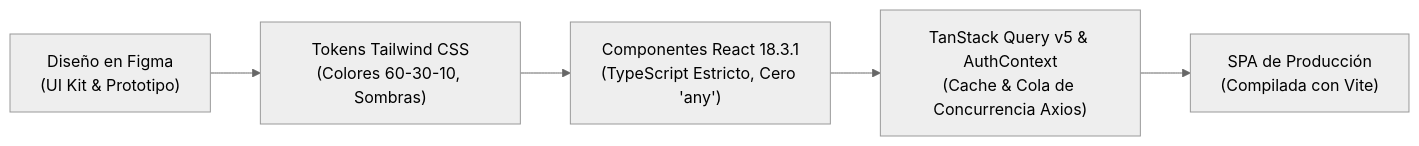
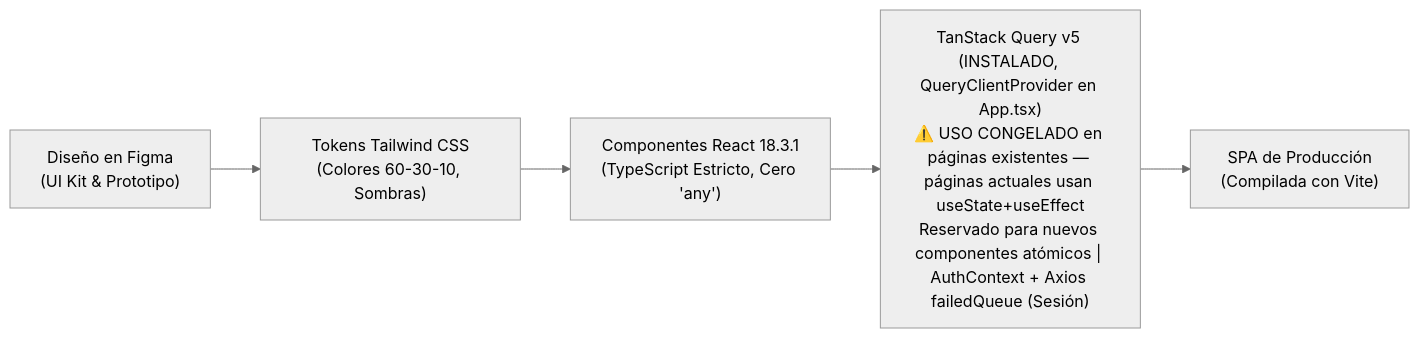
The first of 3 diagrams in docs/web/08_DESARROLLO_INTEGRACIONES_Y_ROADMAP.md (grupo-pinnacle/VetConnect), drawn with Mermaid (neutral theme) before and after one commit. The commit also changed other lines of this file and 15 other files, not shown here.

Commit message:
docs(web): synchronize root docs with frontend architecture and align docs/web specs

````diff
--- a/docs/web/08_DESARROLLO_INTEGRACIONES_Y_ROADMAP.md
+++ b/docs/web/08_DESARROLLO_INTEGRACIONES_Y_ROADMAP.md
@@ -14,7 +14,7 @@
 ```mermaid
 flowchart LR
     Figma["Diseño en Figma<br/>(UI Kit & Prototipo)"] --> Tailwind["Tokens Tailwind CSS<br/>(Colores 60-30-10, Sombras)"]
     Tailwind --> Components["Componentes React 18.3.1<br/>(TypeScript Estricto, Cero 'any')"]
-    Components --> State["TanStack Query v5 & AuthContext<br/>(Cache & Cola de Concurrencia Axios)"]
+    Components --> State["TanStack Query v5 (INSTALADO, QueryClientProvider en App.tsx)<br/>⚠️ USO CONGELADO en páginas existentes — páginas actuales usan useState+useEffect<br/>Reservado para nuevos componentes atómicos | AuthContext + Axios failedQueue (Sesión)"]
     State --> App["SPA de Producción<br/>(Compilada con Vite)"]
 ```
````
